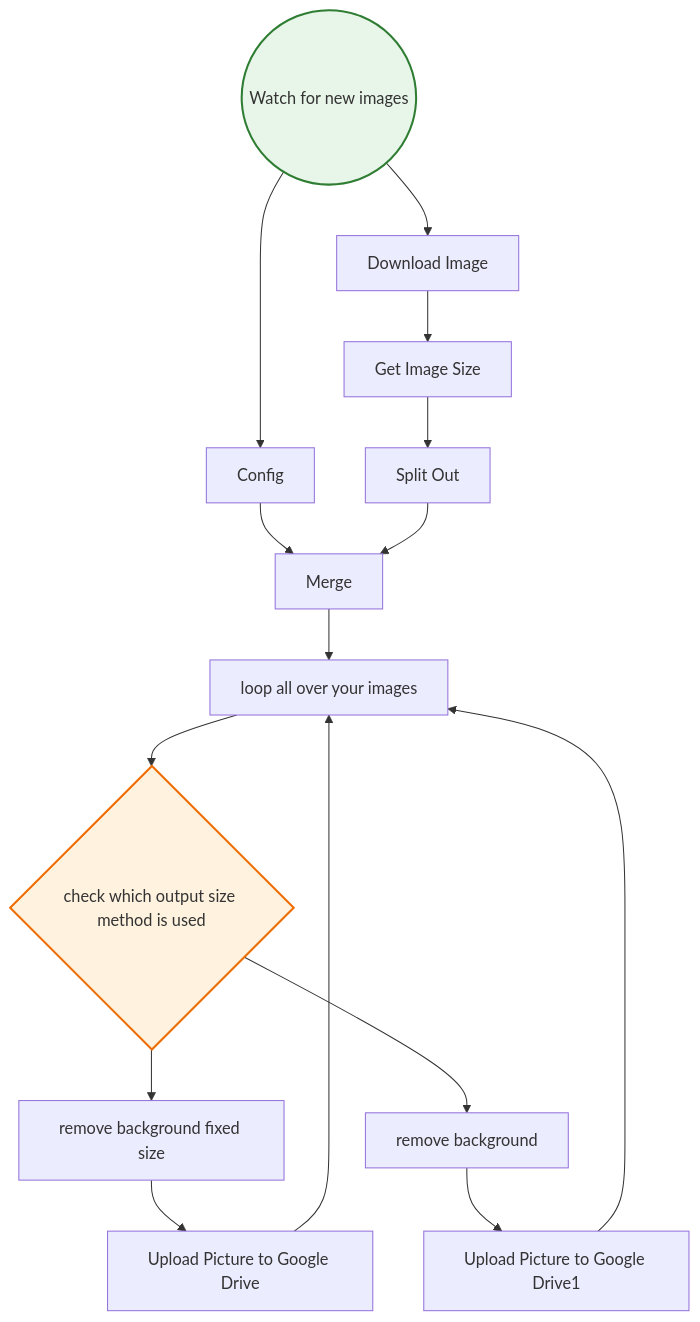
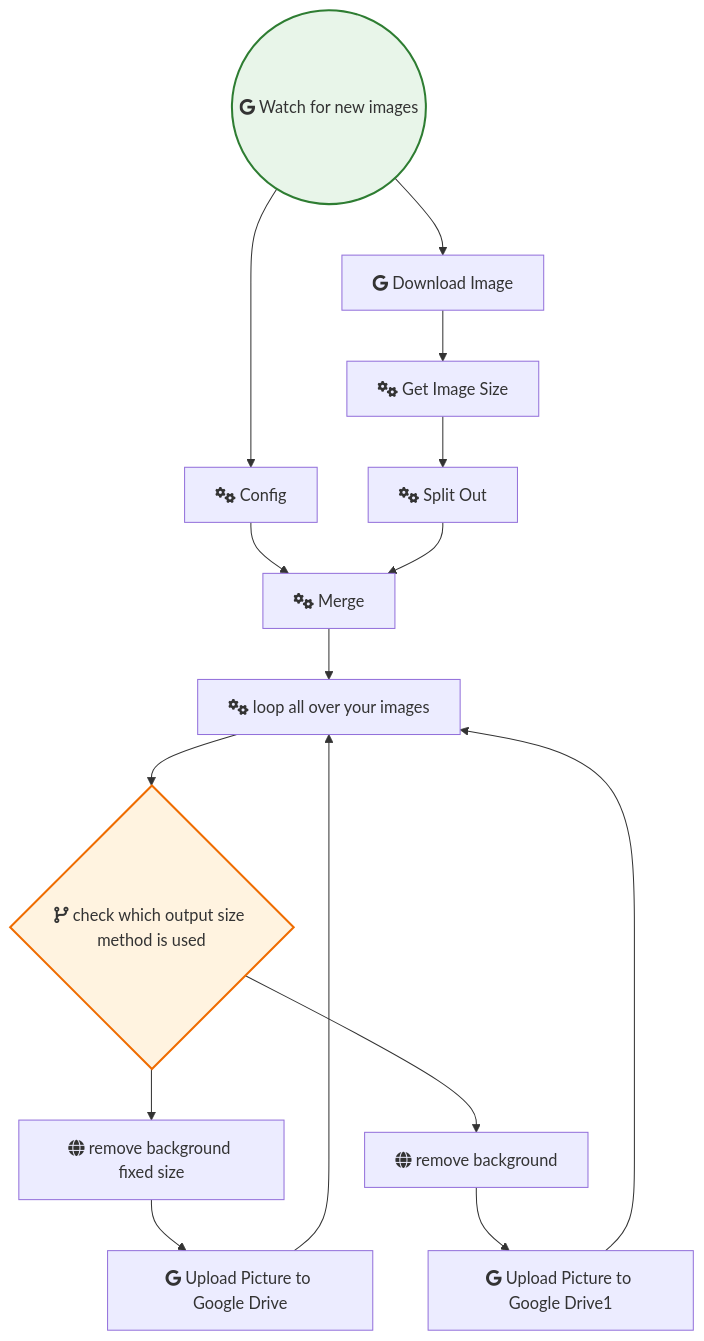
One commit to sreyash3105/N8N-DEMO-AUTOMATIONS changed the diagram in Google_Drive_and_Google_Sheets/Remove Advanced Background From Google Drive Images.md. Above: the diagram before and after it, drawn with Mermaid. The commit also changed 291 other files, not shown here.

````diff
--- a/Google_Drive_and_Google_Sheets/Remove Advanced Background From Google Drive Images.md
+++ b/Google_Drive_and_Google_Sheets/Remove Advanced Background From Google Drive Images.md
@@ -1,34 +1,34 @@
 ```mermaid
 graph TD
     classDef trigger fill:#e8f5e9,stroke:#2e7d32,stroke-width:2px;
     classDef ai fill:#e3f2fd,stroke:#1565c0,stroke-width:2px;
     classDef logic fill:#fff3e0,stroke:#ef6c00,stroke-width:2px;
 
-    Config["Config"]
-    remove_background["remove background"]
-    Split_Out["Split Out"]
-    Upload_Picture_to_Google_Drive["Upload Picture to Google Drive"]
-    remove_background_fixed_size["remove background fixed size"]
-    Merge["Merge"]
-    Upload_Picture_to_Google_Drive1["Upload Picture to Google Drive1"]
-    Download_Image["Download Image"]
-    Get_Image_Size["Get Image Size"]
-    Watch_for_new_images(("Watch for new images")):::trigger
-    check_which_output_size_method_is_used{"check which output size method is used"}:::logic
-    loop_all_over_your_images["loop all over your images"]
+    Config["fas:fa-cogs Config"]
+    remove_background["fas:fa-globe remove background"]
+    Split_Out["fas:fa-cogs Split Out"]
+    Upload_Picture_to_Google_Drive["fab:fa-google Upload Picture to Google Drive"]
+    remove_background_fixed_size["fas:fa-globe remove background fixed size"]
+    Merge["fas:fa-cogs Merge"]
+    Upload_Picture_to_Google_Drive1["fab:fa-google Upload Picture to Google Drive1"]
+    Download_Image["fab:fa-google Download Image"]
+    Get_Image_Size["fas:fa-cogs Get Image Size"]
+    Watch_for_new_images(("fab:fa-google Watch for new images")):::trigger
+    check_which_output_size_method_is_used{"fas:fa-code-branch check which output size method is used"}:::logic
+    loop_all_over_your_images["fas:fa-cogs loop all over your images"]
 
     Merge --> loop_all_over_your_images
     Config --> Merge
     Split_Out --> Merge
     Download_Image --> Get_Image_Size
     Get_Image_Size --> Split_Out
     remove_background --> Upload_Picture_to_Google_Drive1
     Watch_for_new_images --> Download_Image
     Watch_for_new_images --> Config
     loop_all_over_your_images --> check_which_output_size_method_is_used
     remove_background_fixed_size --> Upload_Picture_to_Google_Drive
     Upload_Picture_to_Google_Drive --> loop_all_over_your_images
     Upload_Picture_to_Google_Drive1 --> loop_all_over_your_images
     check_which_output_size_method_is_used --> remove_background_fixed_size
     check_which_output_size_method_is_used --> remove_background
 ```
````
